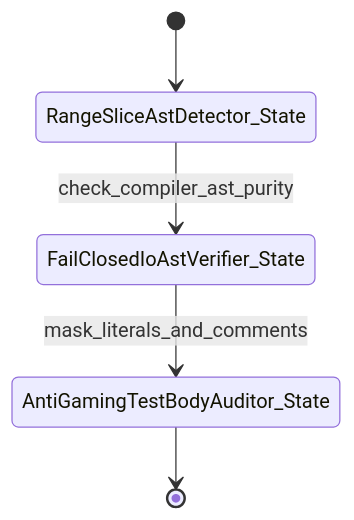
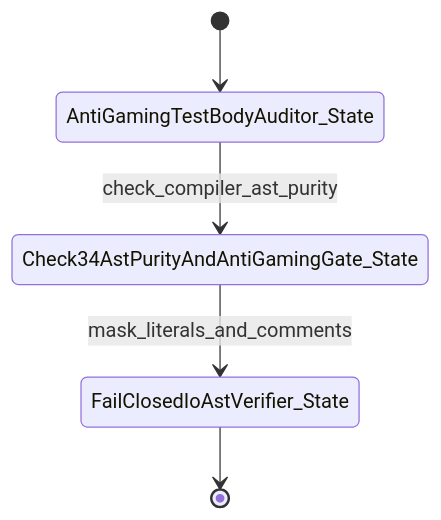
The second of 2 diagrams in .pipeline/upstream/docs/epics/EPIC-02-BP_02_Check_34_AST_Purity_Fail_Closed_IO_and_Anti_Gaming_Test_Gate_Blueprint.md (gintatkinson/DEAP01-spec-core), drawn with Mermaid before and after one commit. The commit also changed other lines of this file and 213 other files, not shown here.

````diff
--- a/.pipeline/upstream/docs/epics/EPIC-02-BP_02_Check_34_AST_Purity_Fail_Closed_IO_and_Anti_Gaming_Test_Gate_Blueprint.md
+++ b/.pipeline/upstream/docs/epics/EPIC-02-BP_02_Check_34_AST_Purity_Fail_Closed_IO_and_Anti_Gaming_Test_Gate_Blueprint.md
@@ -98,7 +94,7 @@
 ```mermaid
 stateDiagram-v2
-    [*] --> RangeSliceAstDetector_State
-    RangeSliceAstDetector_State --> FailClosedIoAstVerifier_State : check_compiler_ast_purity
-    FailClosedIoAstVerifier_State --> AntiGamingTestBodyAuditor_State : mask_literals_and_comments
-    AntiGamingTestBodyAuditor_State --> [*]
+    [*] --> AntiGamingTestBodyAuditor_State
+    AntiGamingTestBodyAuditor_State --> Check34AstPurityAndAntiGamingGate_State : check_compiler_ast_purity
+    Check34AstPurityAndAntiGamingGate_State --> FailClosedIoAstVerifier_State : mask_literals_and_comments
+    FailClosedIoAstVerifier_State --> [*]
 ```
````
